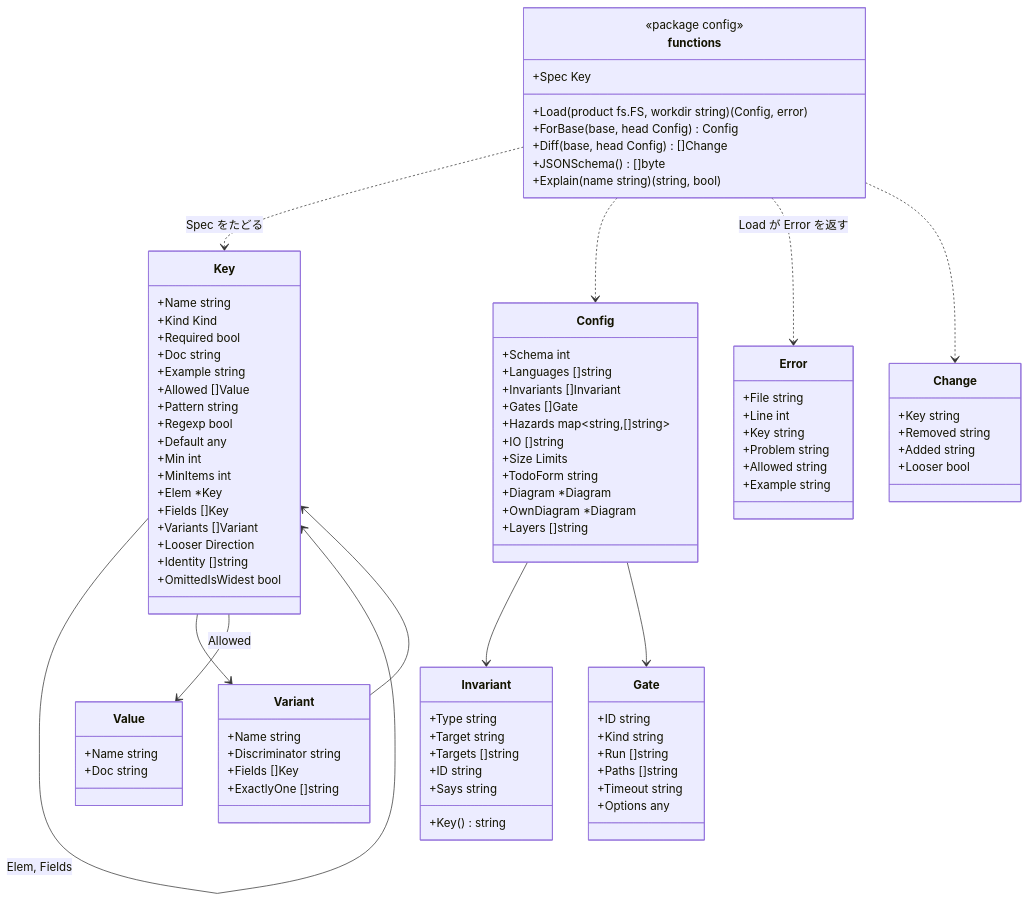
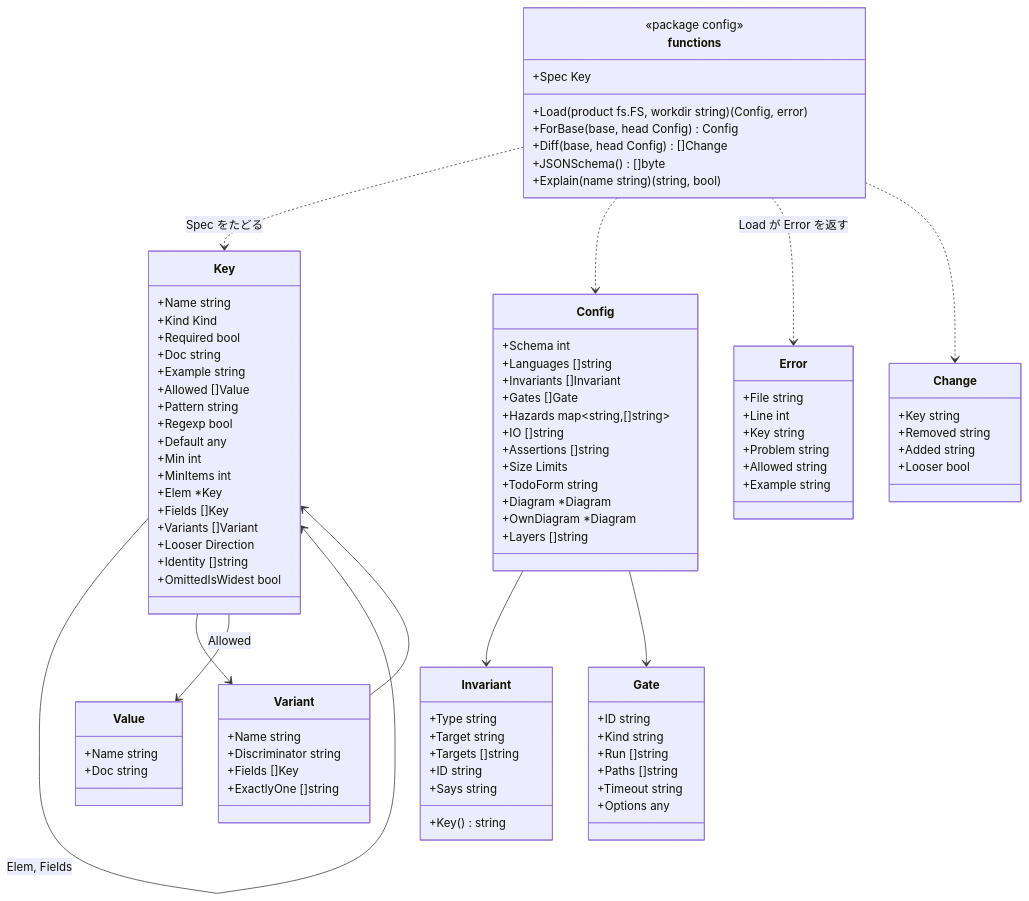
The diagram in docs/design/configuration.ja.md (rerorets/hadome), drawn with Mermaid before and after one commit. The commit also changed other lines of this file and 25 other files, not shown here.

```diff
--- a/docs/design/configuration.ja.md
+++ b/docs/design/configuration.ja.md
@@ -169,6 +169,7 @@
     +Gates []Gate
     +Hazards map~string,[]string~
     +IO []string
+    +Assertions []string
     +Size Limits
     +TodoForm string
     +Diagram *Diagram
```
